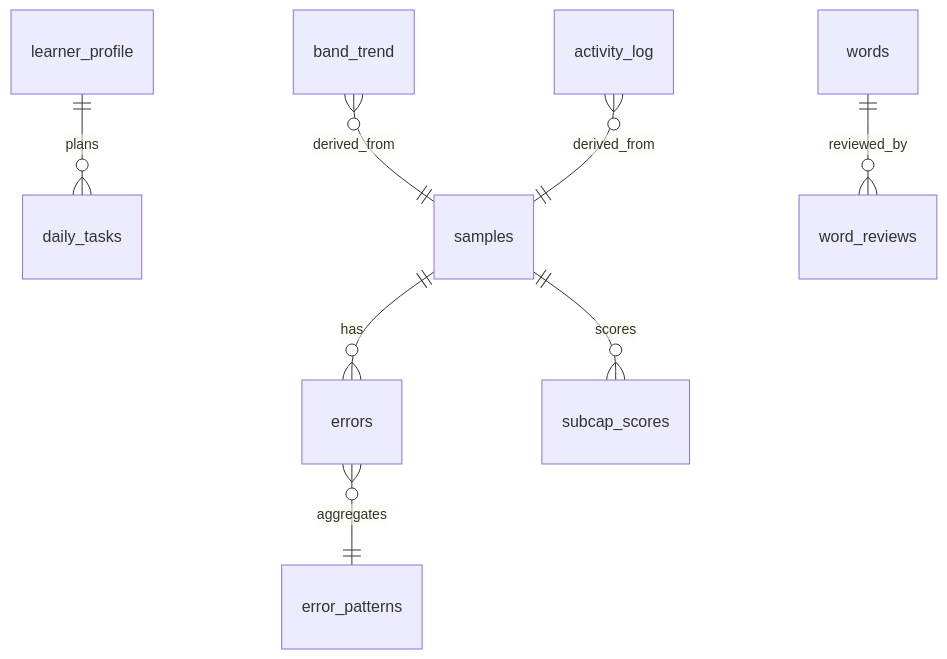
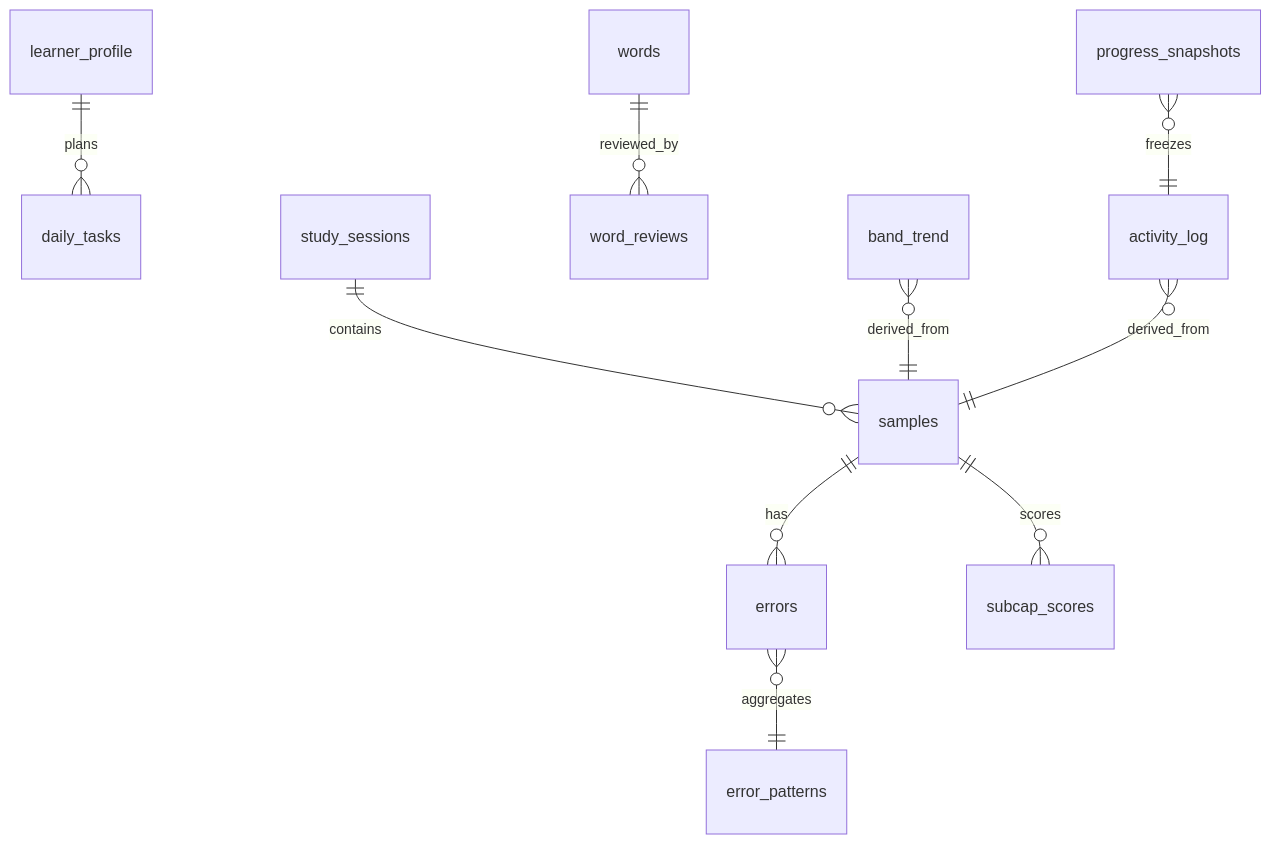
One commit to boltguo/anya changed diagram 13 of 14 in docs/architecture-diagrams.md. Above: the diagram before and after it, drawn with Mermaid. The commit also changed other lines of this file and 36 other files, not shown here.

````diff
--- a/docs/architecture-diagrams.md
+++ b/docs/architecture-diagrams.md
@@ -397,10 +397,12 @@
 ```mermaid
 erDiagram
   learner_profile ||--o{ daily_tasks : plans
+  study_sessions ||--o{ samples : contains
   samples ||--o{ errors : has
   errors }o--|| error_patterns : aggregates
   samples ||--o{ subcap_scores : scores
   words ||--o{ word_reviews : reviewed_by
   band_trend }o--|| samples : derived_from
   activity_log }o--|| samples : derived_from
+  progress_snapshots }o--|| activity_log : freezes
 ```
````
